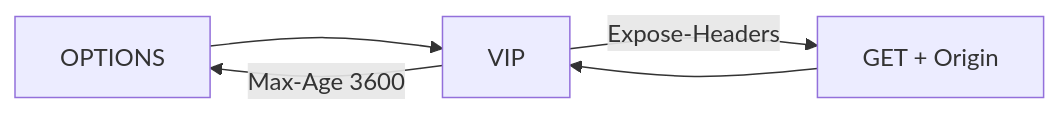
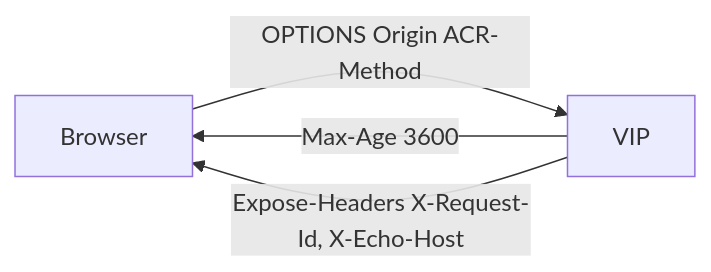
One commit to mink0119/2609_f5bnk changed the diagram in HTTP_Routing/2.32_HTTPCORS_ExposeHeadersMaxAge/README.md. Above: the diagram before and after it, drawn with Mermaid. The commit also changed other lines of this file and 21 other files, not shown here.

````diff
--- a/HTTP_Routing/2.32_HTTPCORS_ExposeHeadersMaxAge/README.md
+++ b/HTTP_Routing/2.32_HTTPCORS_ExposeHeadersMaxAge/README.md
@@ -7,7 +7,6 @@
 ```mermaid
 flowchart LR
-  C[OPTIONS] --> VIP[VIP]
-  VIP -->|Max-Age 3600| C
-  C2[GET + Origin] --> VIP
-  VIP -->|Expose-Headers| C2
+  B[Browser] -->|"OPTIONS Origin ACR-Method"| VIP[VIP]
+  VIP -->|"Max-Age 3600"| B
+  VIP -->|"Expose-Headers X-Request-Id, X-Echo-Host"| B
 ```
````
